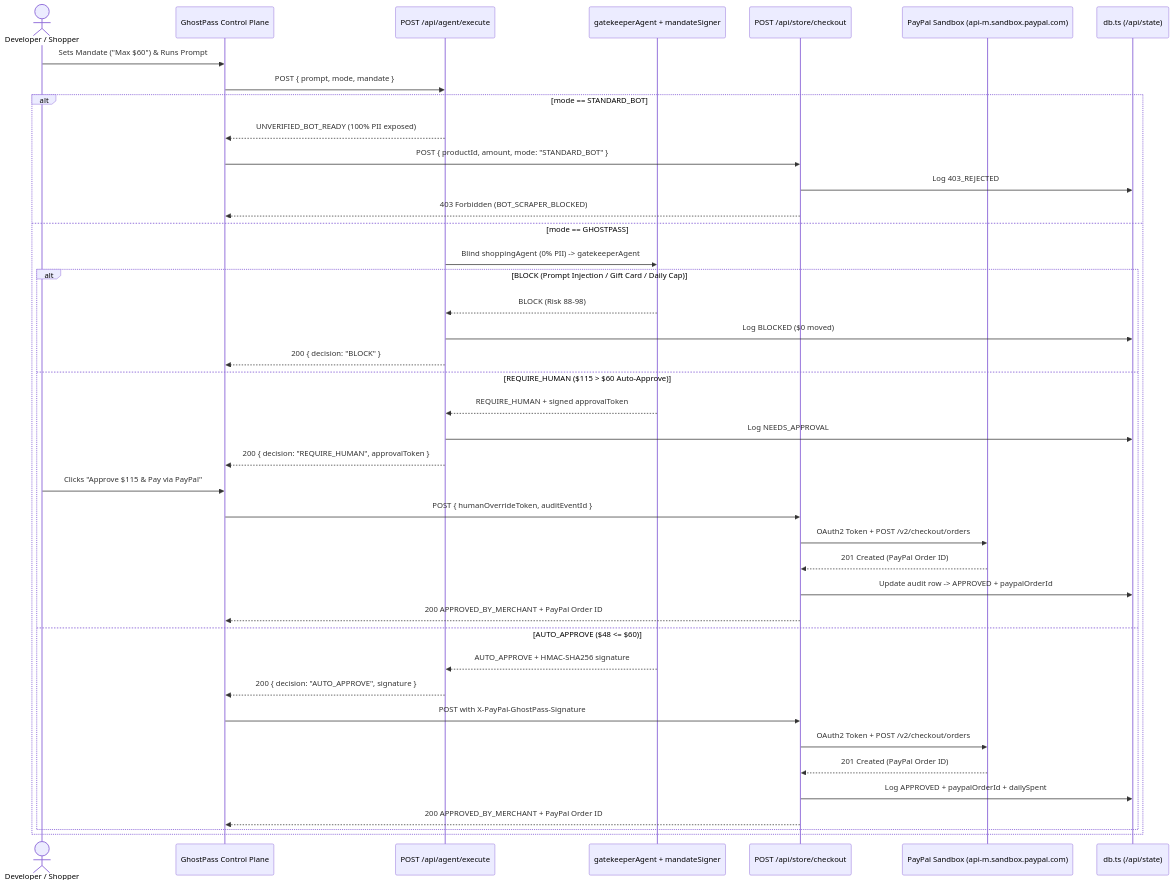
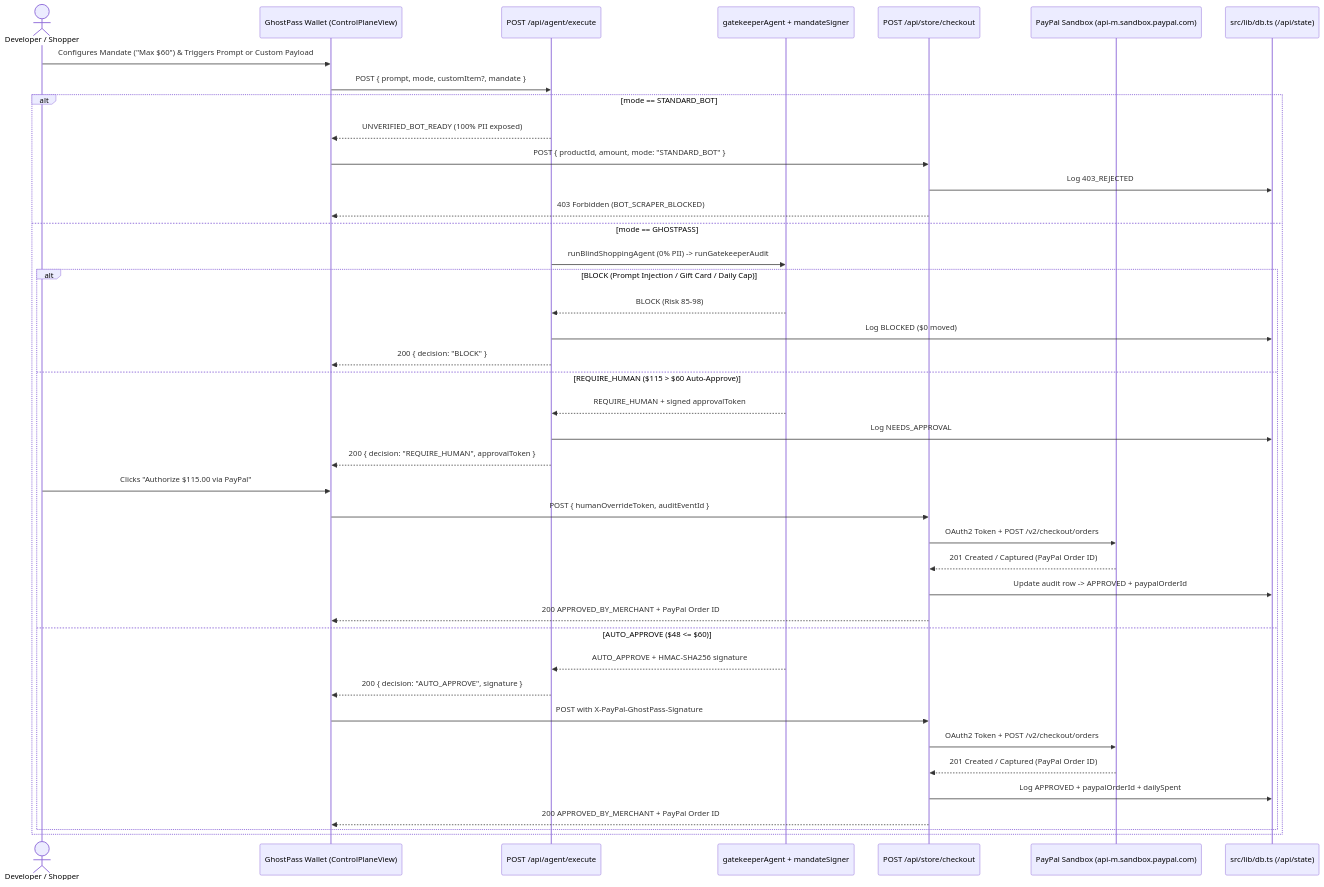
Before and after one commit to bhargava562/paypass-agent: the second of 2 diagrams in docs/02-SYSTEM-ARCHITECTURE-AND-PATTERNS.md, drawn with Mermaid. The commit also changed other lines of this file and 5 other files, not shown here.

````diff
--- a/docs/02-SYSTEM-ARCHITECTURE-AND-PATTERNS.md
+++ b/docs/02-SYSTEM-ARCHITECTURE-AND-PATTERNS.md
@@ -64,45 +77,45 @@
 ```mermaid
 sequenceDiagram
     actor User as Developer / Shopper
-    participant CP as GhostPass Control Plane
+    participant CP as GhostPass Wallet (ControlPlaneView)
     participant Exec as POST /api/agent/execute
     participant Gate as gatekeeperAgent + mandateSigner
     participant Store as POST /api/store/checkout
     participant PP as PayPal Sandbox (api-m.sandbox.paypal.com)
-    participant DB as db.ts (/api/state)
+    participant DB as src/lib/db.ts (/api/state)
 
-    User->>CP: Sets Mandate ("Max $60") & Runs Prompt
-    CP->>Exec: POST { prompt, mode, mandate }
+    User->>CP: Configures Mandate ("Max $60") & Triggers Prompt or Custom Payload
+    CP->>Exec: POST { prompt, mode, customItem?, mandate }
 
     alt mode == STANDARD_BOT
         Exec-->>CP: UNVERIFIED_BOT_READY (100% PII exposed)
         CP->>Store: POST { productId, amount, mode: "STANDARD_BOT" }
         Store->>DB: Log 403_REJECTED
         Store-->>CP: 403 Forbidden (BOT_SCRAPER_BLOCKED)
     else mode == GHOSTPASS
-        Exec->>Gate: Blind shoppingAgent (0% PII) -> gatekeeperAgent
+        Exec->>Gate: runBlindShoppingAgent (0% PII) -> runGatekeeperAudit
         alt BLOCK (Prompt Injection / Gift Card / Daily Cap)
-            Gate-->>Exec: BLOCK (Risk 88-98)
+            Gate-->>Exec: BLOCK (Risk 85-98)
             Exec->>DB: Log BLOCKED ($0 moved)
             Exec-->>CP: 200 { decision: "BLOCK" }
         else REQUIRE_HUMAN ($115 > $60 Auto-Approve)
             Gate-->>Exec: REQUIRE_HUMAN + signed approvalToken
             Exec->>DB: Log NEEDS_APPROVAL
             Exec-->>CP: 200 { decision: "REQUIRE_HUMAN", approvalToken }
-            User->>CP: Clicks "Approve $115 & Pay via PayPal"
+            User->>CP: Clicks "Authorize $115.00 via PayPal"
             CP->>Store: POST { humanOverrideToken, auditEventId }
             Store->>PP: OAuth2 Token + POST /v2/checkout/orders
-            PP-->>Store: 201 Created (PayPal Order ID)
+            PP-->>Store: 201 Created / Captured (PayPal Order ID)
             Store->>DB: Update audit row -> APPROVED + paypalOrderId
             Store-->>CP: 200 APPROVED_BY_MERCHANT + PayPal Order ID
         else AUTO_APPROVE ($48 <= $60)
             Gate-->>Exec: AUTO_APPROVE + HMAC-SHA256 signature
             Exec-->>CP: 200 { decision: "AUTO_APPROVE", signature }
             CP->>Store: POST with X-PayPal-GhostPass-Signature
             Store->>PP: OAuth2 Token + POST /v2/checkout/orders
-            PP-->>Store: 201 Created (PayPal Order ID)
+            PP-->>Store: 201 Created / Captured (PayPal Order ID)
             Store->>DB: Log APPROVED + paypalOrderId + dailySpent
             Store-->>CP: 200 APPROVED_BY_MERCHANT + PayPal Order ID
         end
     end
 ```
````
